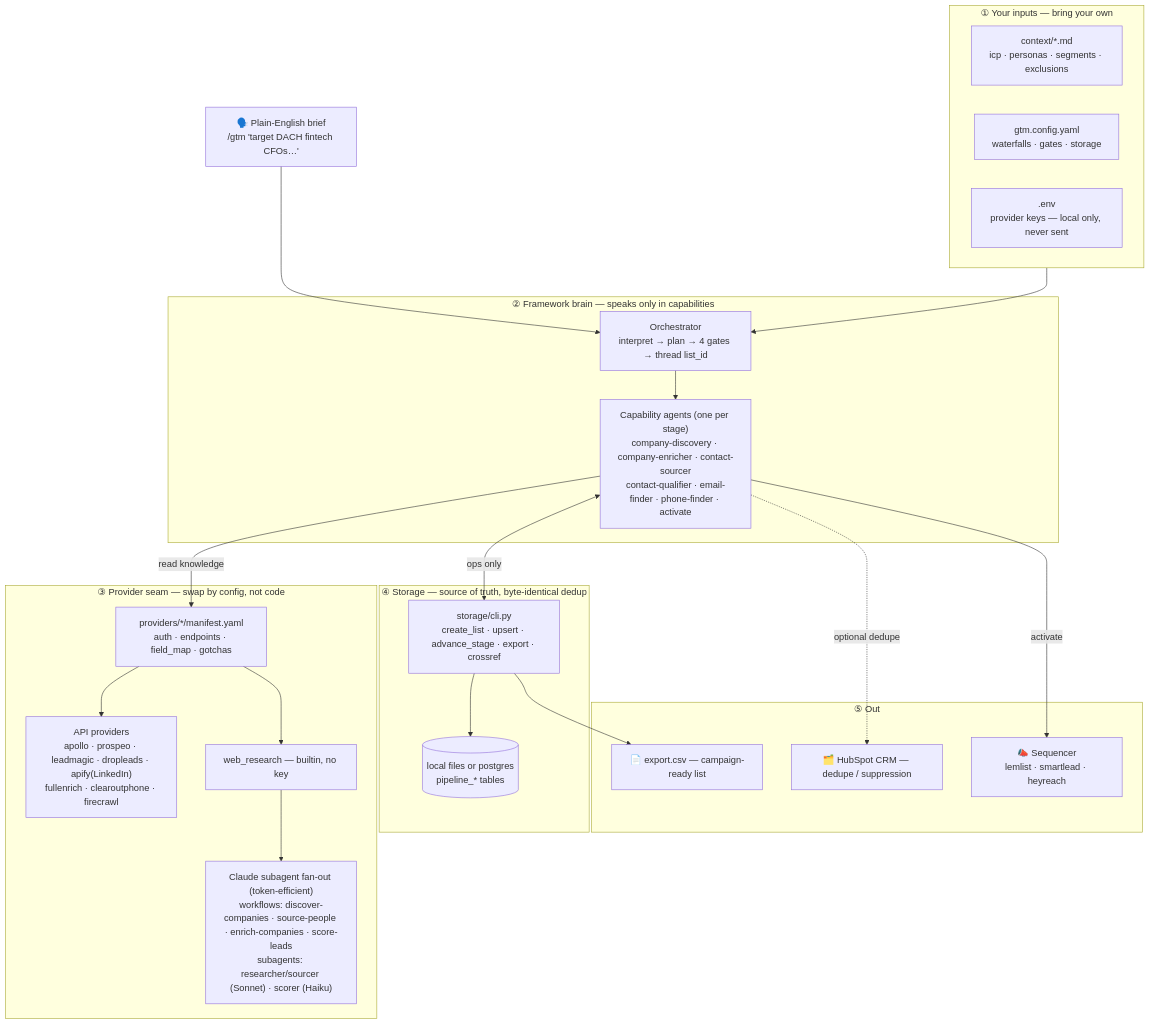
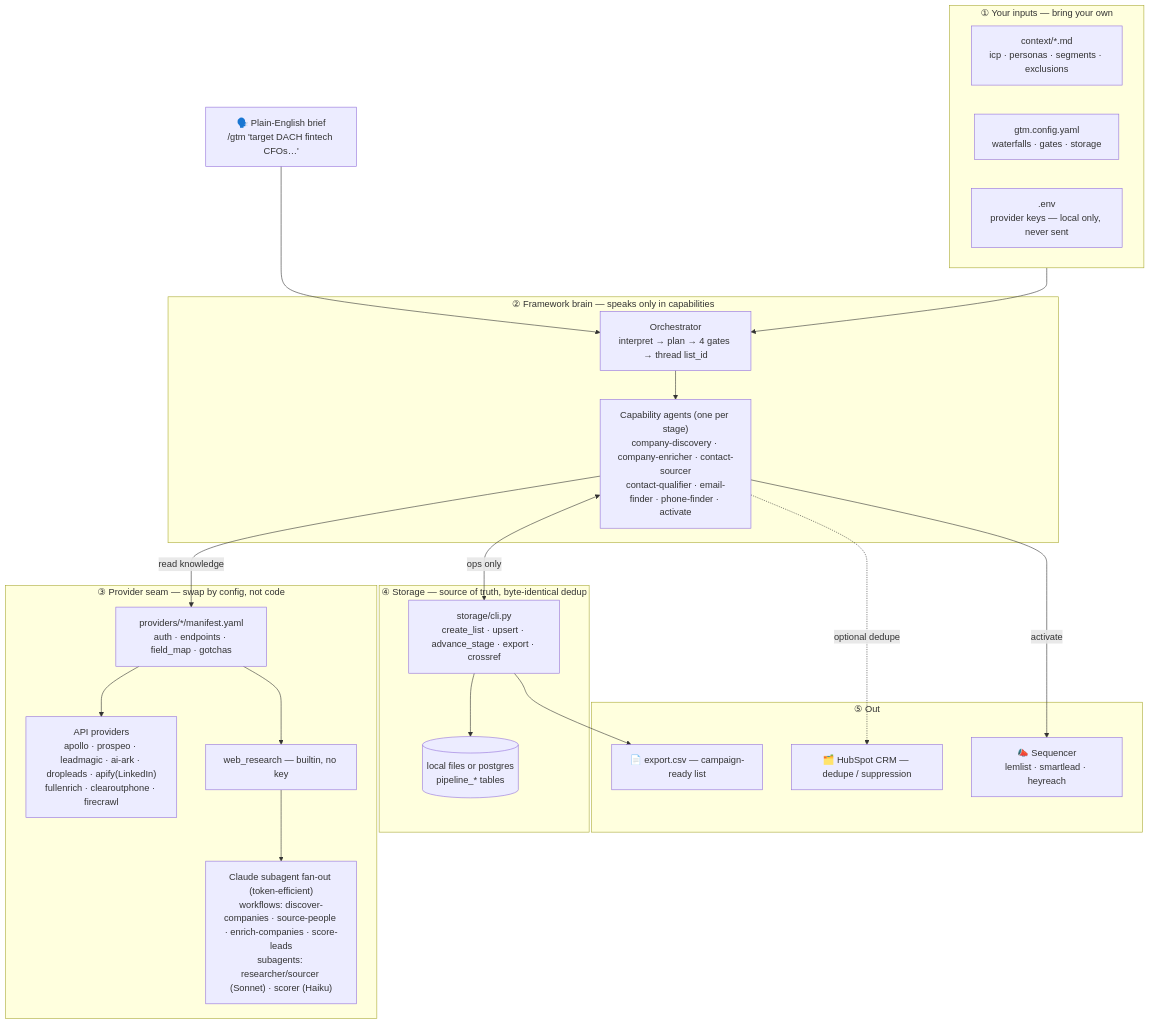
The diagram in docs/architecture.md (kkrlstrm/gtm-pipeline), drawn with Mermaid before and after one commit. The commit also changed 7 other files, not shown here.

````diff
--- a/docs/architecture.md
+++ b/docs/architecture.md
@@ -9,45 +9,45 @@
 ```mermaid
 flowchart TD
   brief["🗣️ Plain-English brief<br/>/gtm 'target DACH fintech CFOs…'"]
 
   subgraph IN["① Your inputs — bring your own"]
     ctx["context/*.md<br/>icp · personas · segments · exclusions"]
     cfg["gtm.config.yaml<br/>waterfalls · gates · storage"]
     env[".env<br/>provider keys — local only, never sent"]
   end
 
   subgraph BRAIN["② Framework brain — speaks only in capabilities"]
     orch["Orchestrator<br/>interpret → plan → 4 gates → thread list_id"]
     agents["Capability agents (one per stage)<br/>company-discovery · company-enricher · contact-sourcer<br/>contact-qualifier · email-finder · phone-finder · activate"]
     orch --> agents
   end
 
   subgraph SEAM["③ Provider seam — swap by config, not code"]
     man["providers/*/manifest.yaml<br/>auth · endpoints · field_map · gotchas"]
-    api["API providers<br/>apollo · prospeo · leadmagic · dropleads · apify(LinkedIn)<br/>fullenrich · clearoutphone · firecrawl"]
+    api["API providers<br/>apollo · prospeo · leadmagic · ai-ark · dropleads · apify(LinkedIn)<br/>fullenrich · clearoutphone · firecrawl"]
     builtin["web_research — builtin, no key"]
     wf["Claude subagent fan-out (token-efficient)<br/>workflows: discover-companies · source-people · enrich-companies · score-leads<br/>subagents: researcher/sourcer (Sonnet) · scorer (Haiku)"]
     man --> api
     man --> builtin --> wf
   end
 
   subgraph TRUTH["④ Storage — source of truth, byte-identical dedup"]
     cli["storage/cli.py<br/>create_list · upsert · advance_stage · export · crossref"]
     db[("local files  or  postgres<br/>pipeline_* tables")]
     cli --> db
   end
 
   subgraph OUT["⑤ Out"]
     csv["📄 export.csv — campaign-ready list"]
     seq["📣 Sequencer<br/>lemlist · smartlead · heyreach"]
     crm["🗂️ HubSpot CRM — dedupe / suppression"]
   end
 
   brief --> orch
   IN --> orch
   agents -->|read knowledge| man
   agents <-->|ops only| cli
   agents -. optional dedupe .-> crm
   cli --> csv
   agents -->|activate| seq
 ```
````
